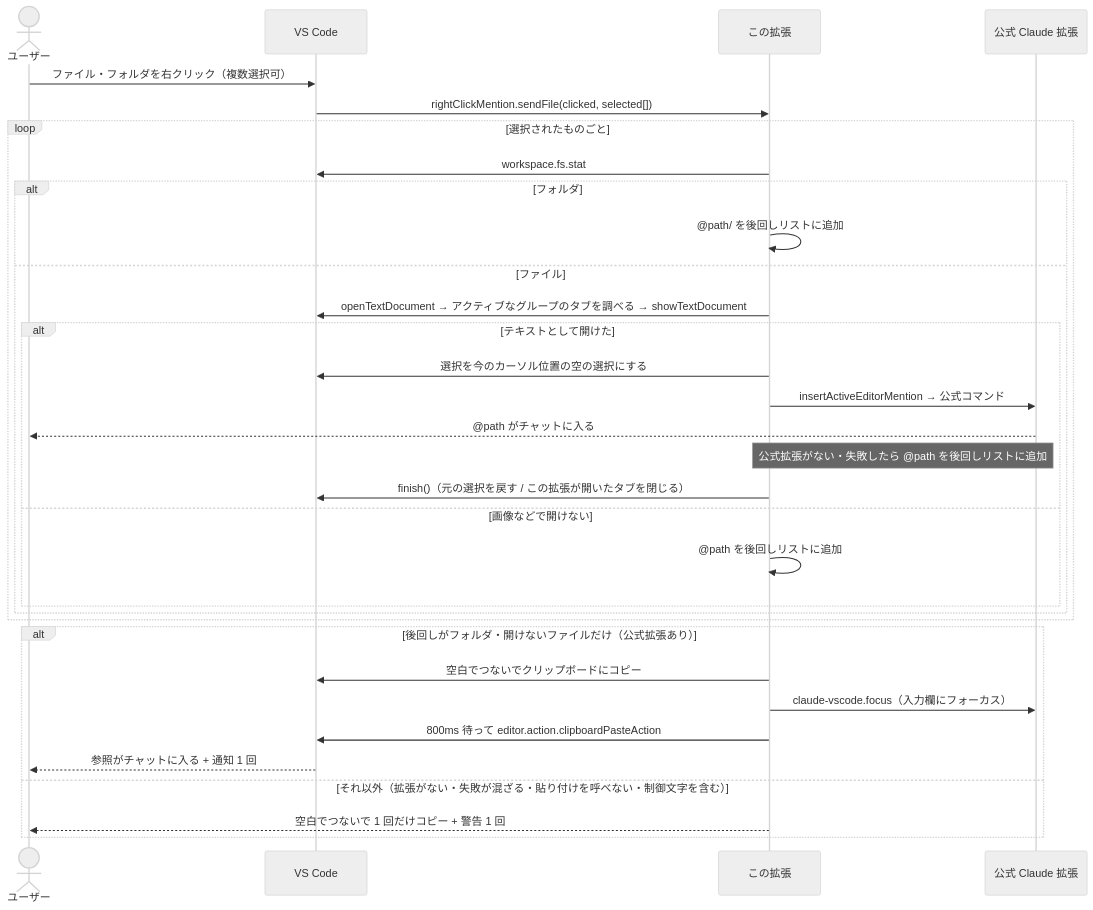
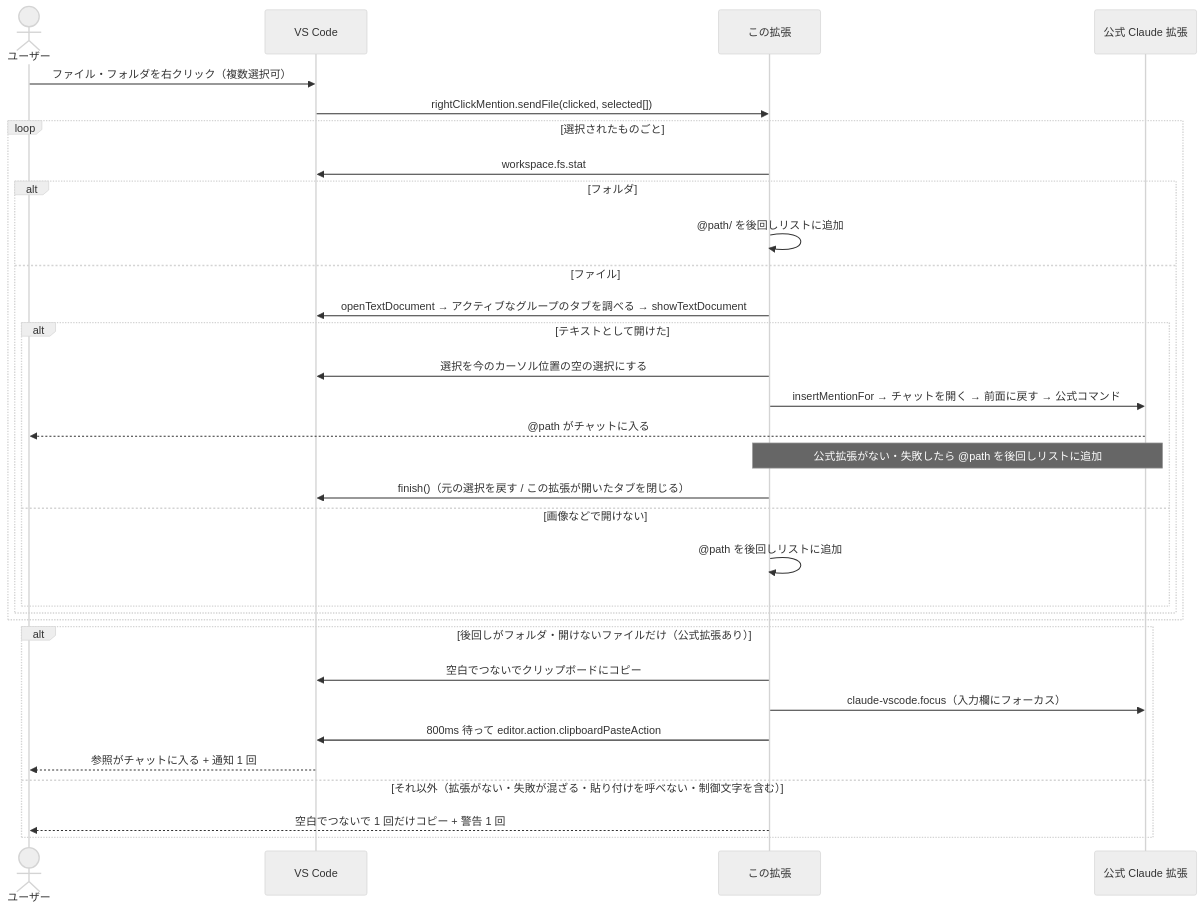
The fifth of 7 diagrams in docs/ARCHITECTURE.md (kip2/refs-to-chat), drawn with Mermaid (neutral theme) before and after one commit. The commit also changed other lines of this file and 7 other files, not shown here.

````diff
--- a/docs/ARCHITECTURE.md
+++ b/docs/ARCHITECTURE.md
@@ -206,35 +209,35 @@
 ```mermaid
 sequenceDiagram
   actor U as ユーザー
   participant VS as VS Code
   participant E as この拡張
   participant C as 公式 Claude 拡張
 
   U->>VS: ファイル・フォルダを右クリック（複数選択可）
   VS->>E: rightClickMention.sendFile(clicked, selected[])
   loop 選択されたものごと
     E->>VS: workspace.fs.stat
     alt フォルダ
       E->>E: @path/ を後回しリストに追加
     else ファイル
       E->>VS: openTextDocument → アクティブなグループのタブを調べる → showTextDocument
       alt テキストとして開けた
         E->>VS: 選択を今のカーソル位置の空の選択にする
-        E->>C: insertActiveEditorMention → 公式コマンド
+        E->>C: insertMentionFor → チャットを開く → 前面に戻す → 公式コマンド
         C-->>U: @path がチャットに入る
         Note over E,C: 公式拡張がない・失敗したら @path を後回しリストに追加
         E->>VS: finish()（元の選択を戻す / この拡張が開いたタブを閉じる）
       else 画像などで開けない
         E->>E: @path を後回しリストに追加
       end
     end
   end
   alt 後回しがフォルダ・開けないファイルだけ（公式拡張あり）
     E->>VS: 空白でつないでクリップボードにコピー
     E->>C: claude-vscode.focus（入力欄にフォーカス）
     E->>VS: 800ms 待って editor.action.clipboardPasteAction
     VS-->>U: 参照がチャットに入る + 通知 1 回
   else それ以外（拡張がない・失敗が混ざる・貼り付けを呼べない・制御文字を含む）
     E-->>U: 空白でつないで 1 回だけコピー + 警告 1 回
   end
 ```
````
